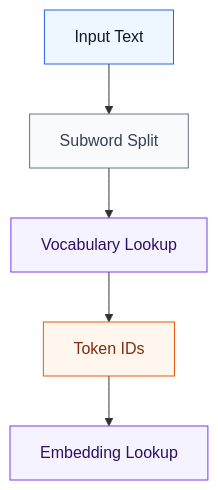
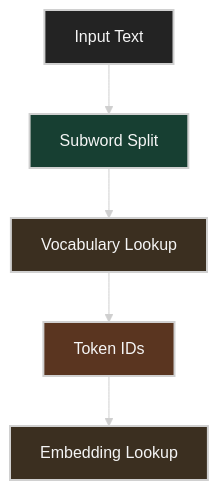
The first of 9 diagrams in deep-learning-for-network-engineers/week02/README.md (ziwon/ai-data-center-network), drawn with Mermaid before and after one commit. The commit also changed other lines of this file and 35 other files, not shown here.

Commit message:
docs(mermaid): apply dark diagram style

````diff
--- a/deep-learning-for-network-engineers/week02/README.md
+++ b/deep-learning-for-network-engineers/week02/README.md
@@ -81,12 +81,13 @@
 ```mermaid
+%%{init: {"theme": "base", "themeVariables": {"background": "#171717", "primaryColor": "#232323", "primaryTextColor": "#f5f5f5", "primaryBorderColor": "#d0d0d0", "lineColor": "#cfcfcf", "fontFamily": "Inter, Arial, sans-serif"}}}%%
 flowchart TB
-    classDef input fill:#eef6ff,stroke:#2563eb,color:#0f172a
-    classDef split fill:#f8fafc,stroke:#64748b,color:#334155
-    classDef vocab fill:#f5f3ff,stroke:#7c3aed,color:#2e1065
-    classDef output fill:#fff7ed,stroke:#ea580c,color:#7c2d12
+    classDef input fill:#232323,stroke:#d0d0d0,color:#f5f5f5,stroke-width:2px;
+    classDef split fill:#173f32,stroke:#d0d0d0,color:#f5f5f5,stroke-width:2px;
+    classDef vocab fill:#3b2f20,stroke:#d0d0d0,color:#f5f5f5,stroke-width:2px;
+    classDef output fill:#5a3520,stroke:#d0d0d0,color:#f5f5f5,stroke-width:2px;
 
     T[Input Text]:::input --> S[Subword Split]:::split
     S --> V[Vocabulary Lookup]:::vocab
     V --> ID[Token IDs]:::output
     ID --> E[Embedding Lookup]:::vocab
 ```
````
